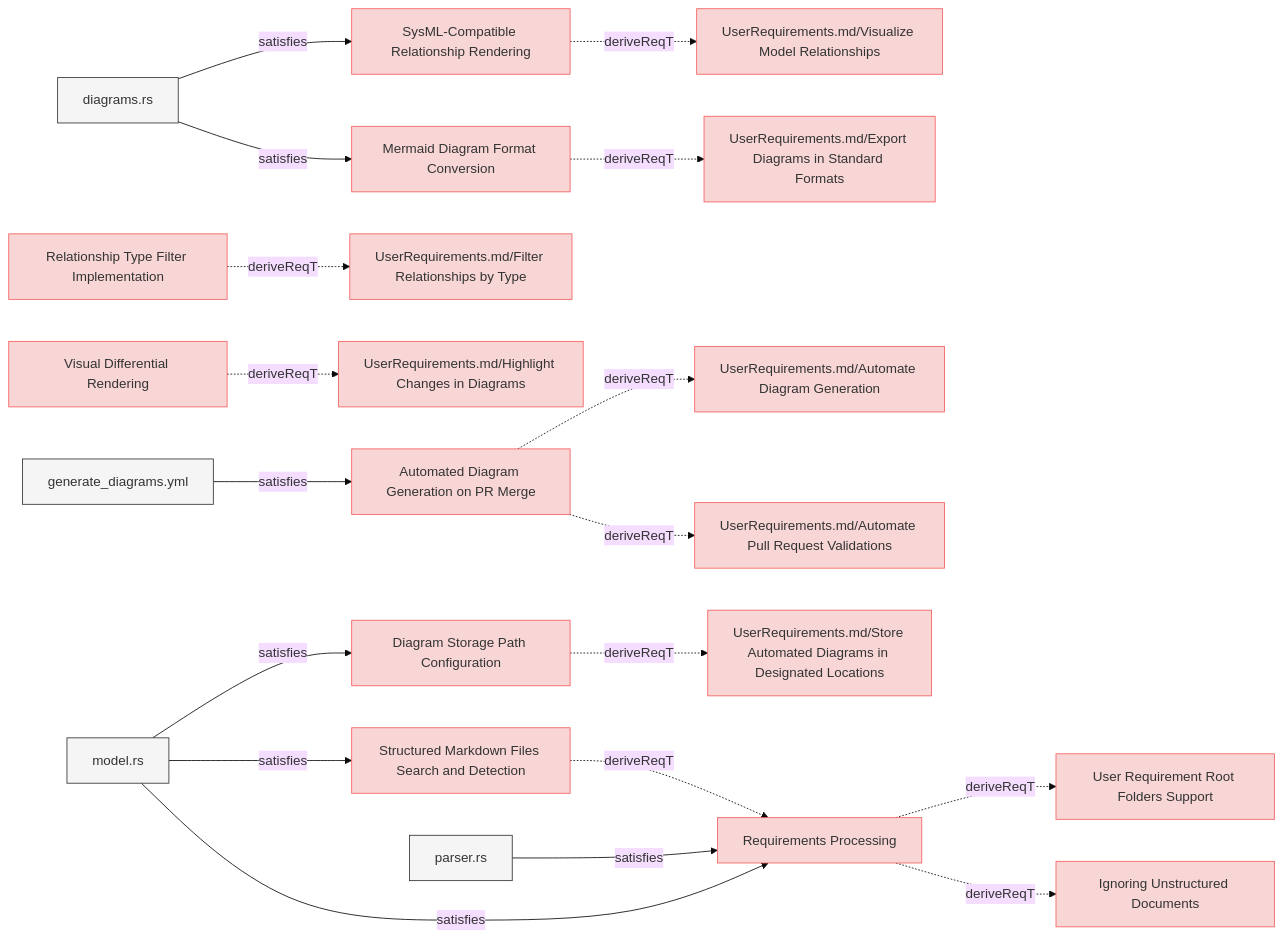
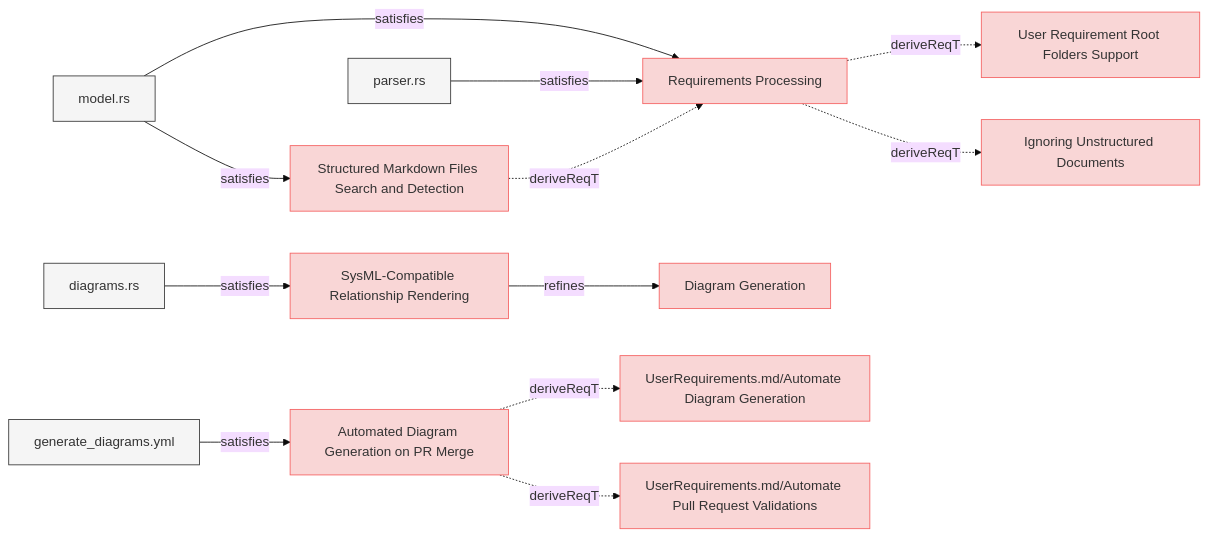
The fourth of 8 diagrams in specifications/SystemRequirements/Requirements.md (reqvire-org/reqvire), drawn with Mermaid (base theme) before and after one commit. The commit also changed other lines of this file and 37 other files, not shown here.

Commit message:
Allow diagrams with blobs links when configured.

````diff
--- a/specifications/SystemRequirements/Requirements.md
+++ b/specifications/SystemRequirements/Requirements.md
@@ -471,84 +425,54 @@
   classDef externalLink fill:#d0e0ff,stroke:#3080ff,stroke-width:1px;
   classDef default fill:#f5f5f5,stroke:#333333,stroke-width:1px;
 
-  5071808e4276f33a["SysML-Compatible Relationship Rendering"];
-  click 5071808e4276f33a "Requirements.md#sysml-compatible-relationship-rendering";
-  class 5071808e4276f33a requirement;
-  eed0b020b6ddeae1["UserRequirements.md/Visualize Model Relationships"];
-  class eed0b020b6ddeae1 requirement;
-  click eed0b020b6ddeae1 "../UserRequirements.md#visualize-model-relationships";
-  5071808e4276f33a -.->|deriveReqT| eed0b020b6ddeae1;
-  95f7dce6aff47396["diagrams.rs"];
-  class 95f7dce6aff47396 default;
-  click 95f7dce6aff47396 "../../core/src/diagrams.rs";
-  95f7dce6aff47396 -->|satisfies| 5071808e4276f33a;
-  bd72564894314bf6["Relationship Type Filter Implementation"];
-  click bd72564894314bf6 "Requirements.md#relationship-type-filter-implementation";
-  class bd72564894314bf6 requirement;
-  66e9d8186acafd13["UserRequirements.md/Filter Relationships by Type"];
-  class 66e9d8186acafd13 requirement;
-  click 66e9d8186acafd13 "../UserRequirements.md#filter-relationships-by-type";
-  bd72564894314bf6 -.->|deriveReqT| 66e9d8186acafd13;
-  b8208c9b1d6a312a["Mermaid Diagram Format Conversion"];
-  click b8208c9b1d6a312a "Requirements.md#mermaid-diagram-format-conversion";
-  class b8208c9b1d6a312a requirement;
-  a0274ca0625d8493["UserRequirements.md/Export Diagrams in Standard Formats"];
-  class a0274ca0625d8493 requirement;
-  click a0274ca0625d8493 "../UserRequirements.md#export-diagrams-in-standard-formats";
-  b8208c9b1d6a312a -.->|deriveReqT| a0274ca0625d8493;
-  95f7dce6aff47396 -->|satisfies| b8208c9b1d6a312a;
-  d812c13722abb71d["Visual Differential Rendering"];
-  click d812c13722abb71d "Requirements.md#visual-differential-rendering";
-  class d812c13722abb71d requirement;
-  ac914f743d73674e["UserRequirements.md/Highlight Changes in Diagrams"];
-  class ac914f743d73674e requirement;
-  click ac914f743d73674e "../UserRequirements.md#highlight-changes-in-diagrams";
-  d812c13722abb71d -.->|deriveReqT| ac914f743d73674e;
-  793154acc336992c["Automated Diagram Generation on PR Merge"];
-  click 793154acc336992c "Requirements.md#automated-diagram-generation-on-pr-merge";
-  class 793154acc336992c requirement;
-  c522cf4c404bdc24["UserRequirements.md/Automate Diagram Generation"];
-  class c522cf4c404bdc24 requirement;
-  click c522cf4c404bdc24 "../UserRequirements.md#automate-diagram-generation";
-  793154acc336992c -.->|deriveReqT| c522cf4c404bdc24;
-  b41f362e18fb2449["UserRequirements.md/Automate Pull Request Validations"];
-  class b41f362e18fb2449 requirement;
-  click b41f362e18fb2449 "../UserRequirements.md#automate-pull-request-validations";
-  793154acc336992c -.->|deriveReqT| b41f362e18fb2449;
-  fdd29f919065644d["generate_diagrams.yml"];
-  class fdd29f919065644d default;
-  click fdd29f919065644d "../../.github/workflows/generate_diagrams.yml";
-  fdd29f919065644d -->|satisfies| 793154acc336992c;
-  cb1ad39c7552a3cd["Diagram Storage Path Configuration"];
-  click cb1ad39c7552a3cd "Requirements.md#diagram-storage-path-configuration";
-  class cb1ad39c7552a3cd requirement;
-  89097c1311055b72["UserRequirements.md/Store Automated Diagrams in Designated Locations"];
-  class 89097c1311055b72 requirement;
-  click 89097c1311055b72 "../UserRequirements.md#store-automated-diagrams-in-designated-locations";
-  cb1ad39c7552a3cd -.->|deriveReqT| 89097c1311055b72;
-  36fd2b1e82621caf["model.rs"];
-  class 36fd2b1e82621caf default;
-  click 36fd2b1e82621caf "../../core/src/model.rs";
-  36fd2b1e82621caf -->|satisfies| cb1ad39c7552a3cd;
-  480cb73e8bcb0786["Structured Markdown Files Search and Detection"];
-  click 480cb73e8bcb0786 "Requirements.md#structured-markdown-files-search-and-detection";
-  class 480cb73e8bcb0786 requirement;
-  f24f11691f55af62["Requirements Processing"];
-  class f24f11691f55af62 requirement;
-  click f24f11691f55af62 "Requirements.md#requirements-processing";
-  480cb73e8bcb0786 -.->|deriveReqT| f24f11691f55af62;
-  36fd2b1e82621caf -->|satisfies| 480cb73e8bcb0786;
-  4c79bf4ceda6e23f["User Requirement Root Folders Support"];
-  class 4c79bf4ceda6e23f requirement;
-  click 4c79bf4ceda6e23f "Requirements.md#user-requirement-root-folders-support";
-  f24f11691f55af62 -.->|deriveReqT| 4c79bf4ceda6e23f;
-  be5c69c33c5a4cf6["Ignoring Unstructured Documents"];
-  class be5c69c33c5a4cf6 requirement;
-  click be5c69c33c5a4cf6 "Requirements.md#ignoring-unstructured-documents";
-  f24f11691f55af62 -.->|deriveReqT| be5c69c33c5a4cf6;
-  36fd2b1e82621caf -->|satisfies| f24f11691f55af62;
-  dfd639447d711d62["parser.rs"];
-  class dfd639447d711d62 default;
-  click dfd639447d711d62 "../../core/src/parser.rs";
-  dfd639447d711d62 -->|satisfies| f24f11691f55af62;
+  bed8d0948b3e5ccd["Requirements Processing"];
+  click bed8d0948b3e5ccd "specifications/SystemRequirements/Requirements.md#requirements-processing#requirements-processing";
+  class bed8d0948b3e5ccd requirement;
+  a9d6e2569d5acd60["User Requirement Root Folders Support"];
+  class a9d6e2569d5acd60 requirement;
+  click a9d6e2569d5acd60 "specifications/SystemRequirements/Requirements.md#user-requirement-root-folders-support#user-requirement-root-folders-support";
+  bed8d0948b3e5ccd -.->|deriveReqT| a9d6e2569d5acd60;
+  be83c2991e9535c7["Ignoring Unstructured Documents"];
+  class be83c2991e9535c7 requirement;
+  click be83c2991e9535c7 "specifications/SystemRequirements/Requirements.md#ignoring-unstructured-documents#ignoring-unstructured-documents";
+  bed8d0948b3e5ccd -.->|deriveReqT| be83c2991e9535c7;
+  d50a859650933e55["model.rs"];
+  class d50a859650933e55 default;
+  click d50a859650933e55 "core/src/model.rs";
+  d50a859650933e55 -->|satisfies| bed8d0948b3e5ccd;
+  f22d93285fcd7664["parser.rs"];
+  class f22d93285fcd7664 default;
+  click f22d93285fcd7664 "core/src/parser.rs";
+  f22d93285fcd7664 -->|satisfies| bed8d0948b3e5ccd;
+  66582f9b6bdde6c4["Structured Markdown Files Search and Detection"];
+  click 66582f9b6bdde6c4 "specifications/SystemRequirements/Requirements.md#structured-markdown-files-search-and-detection#structured-markdown-files-search-and-detection";
+  class 66582f9b6bdde6c4 requirement;
+  66582f9b6bdde6c4 -.->|deriveReqT| bed8d0948b3e5ccd;
+  d50a859650933e55 -->|satisfies| 66582f9b6bdde6c4;
+  379a8586548b9ac7["SysML-Compatible Relationship Rendering"];
+  click 379a8586548b9ac7 "specifications/SystemRequirements/Requirements.md#sysml-compatible-relationship-rendering#sysml-compatible-relationship-rendering";
+  class 379a8586548b9ac7 requirement;
+  e9aee7d9477f4abe["Diagram Generation"];
+  class e9aee7d9477f4abe requirement;
+  click e9aee7d9477f4abe "specifications/SystemRequirements/Requirements.md#diagram-generation#diagram-generation";
+  379a8586548b9ac7 -->|refines| e9aee7d9477f4abe;
+  dad7eeb932afdb92["diagrams.rs"];
+  class dad7eeb932afdb92 default;
+  click dad7eeb932afdb92 "core/src/diagrams.rs";
+  dad7eeb932afdb92 -->|satisfies| 379a8586548b9ac7;
+  3e3df7ad427a88fa["Automated Diagram Generation on PR Merge"];
+  click 3e3df7ad427a88fa "specifications/SystemRequirements/Requirements.md#automated-diagram-generation-on-pr-merge#automated-diagram-generation-on-pr-merge";
+  class 3e3df7ad427a88fa requirement;
+  98a581084d5542fa["UserRequirements.md/Automate Diagram Generation"];
+  class 98a581084d5542fa requirement;
+  click 98a581084d5542fa "specifications/UserRequirements.md#automate-diagram-generation#automate-diagram-generation";
+  3e3df7ad427a88fa -.->|deriveReqT| 98a581084d5542fa;
+  15f2f511b2399406["UserRequirements.md/Automate Pull Request Validations"];
+  class 15f2f511b2399406 requirement;
+  click 15f2f511b2399406 "specifications/UserRequirements.md#automate-pull-request-validations#automate-pull-request-validations";
+  3e3df7ad427a88fa -.->|deriveReqT| 15f2f511b2399406;
+  98af8a1cf9c86822["generate_diagrams.yml"];
+  class 98af8a1cf9c86822 default;
+  click 98af8a1cf9c86822 ".github/workflows/generate_diagrams.yml";
+  98af8a1cf9c86822 -->|satisfies| 3e3df7ad427a88fa;
 ```
````
